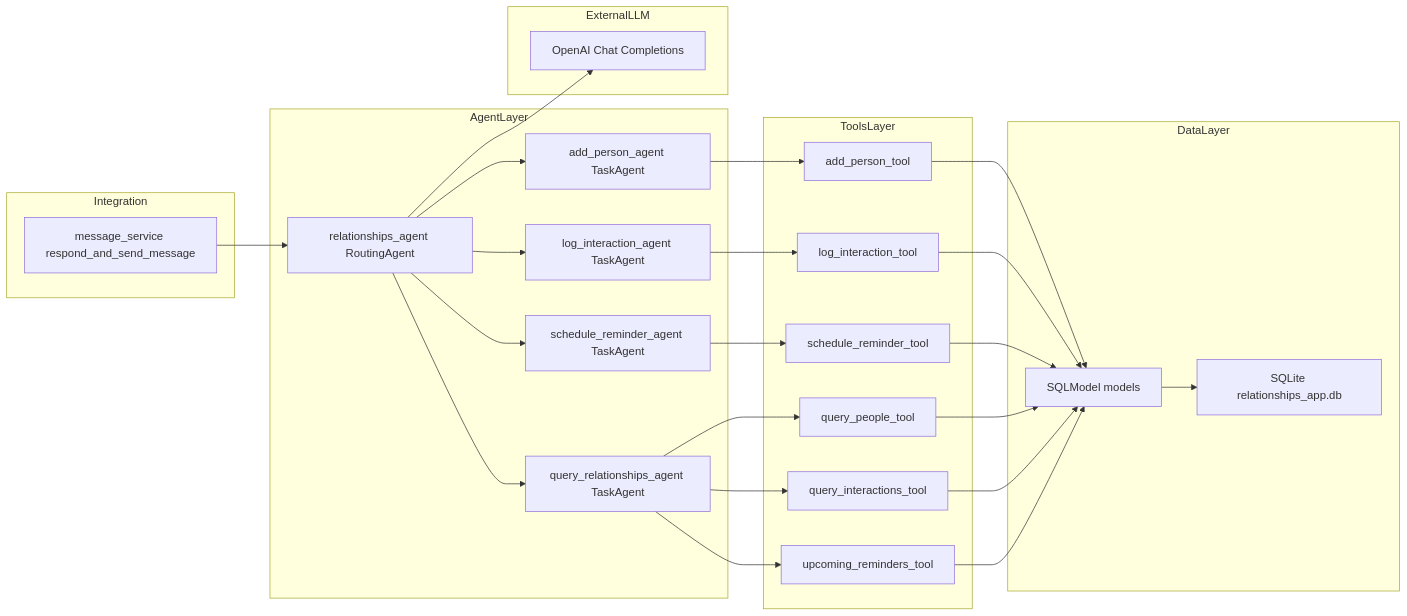
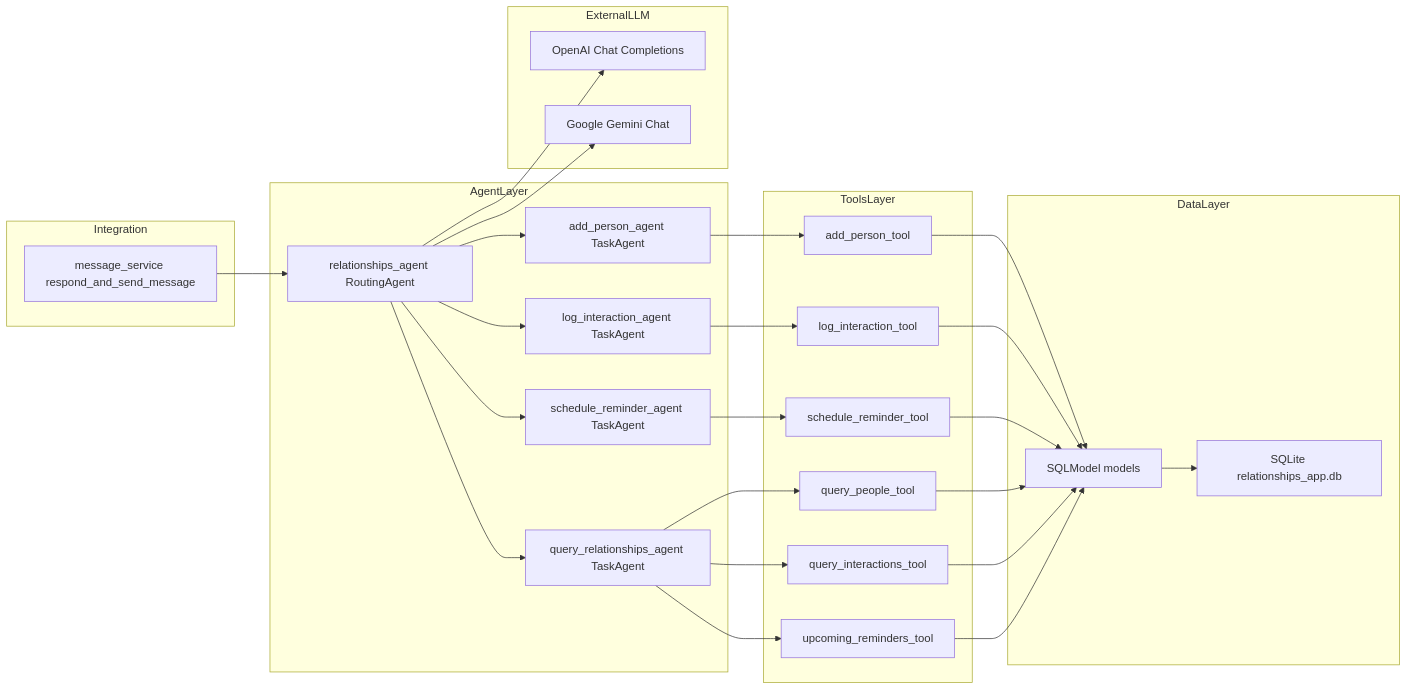
Before and after one commit to lennonconstantino/whatsapp_agent: the second of 2 diagrams in RELATIONSHIPS_FEATURE.md, drawn with Mermaid. The commit also changed other lines of this file and 3 other files, not shown here.

````diff
--- a/RELATIONSHIPS_FEATURE.md
+++ b/RELATIONSHIPS_FEATURE.md
@@ -227,55 +228,57 @@
 ```mermaid
 flowchart LR
   subgraph Integration
     message_service[message_service respond_and_send_message]
   end
 
   subgraph AgentLayer
     relationships_agent[relationships_agent RoutingAgent]
     query_relationships_agent[query_relationships_agent TaskAgent]
     add_person_agent[add_person_agent TaskAgent]
     log_interaction_agent[log_interaction_agent TaskAgent]
     schedule_reminder_agent[schedule_reminder_agent TaskAgent]
   end
 
   subgraph ToolsLayer
     add_person_tool[add_person_tool]
     log_interaction_tool[log_interaction_tool]
     schedule_reminder_tool[schedule_reminder_tool]
     query_people_tool[query_people_tool]
     query_interactions_tool[query_interactions_tool]
     upcoming_reminders_tool[upcoming_reminders_tool]
   end
 
   subgraph DataLayer
     models[SQLModel models]
     db[SQLite relationships_app.db]
   end
 
   subgraph ExternalLLM
     openai_chat[OpenAI Chat Completions]
+    gemini_chat[Google Gemini Chat]
   end
 
   message_service --> relationships_agent
   relationships_agent --> query_relationships_agent
   relationships_agent --> add_person_agent
   relationships_agent --> log_interaction_agent
   relationships_agent --> schedule_reminder_agent
 
   query_relationships_agent --> query_people_tool
   query_relationships_agent --> query_interactions_tool
   query_relationships_agent --> upcoming_reminders_tool
   add_person_agent --> add_person_tool
   log_interaction_agent --> log_interaction_tool
   schedule_reminder_agent --> schedule_reminder_tool
 
   add_person_tool --> models
   log_interaction_tool --> models
   schedule_reminder_tool --> models
   query_people_tool --> models
   query_interactions_tool --> models
   upcoming_reminders_tool --> models
 
   models --> db
   relationships_agent --> openai_chat
+  relationships_agent --> gemini_chat
 ```
````
